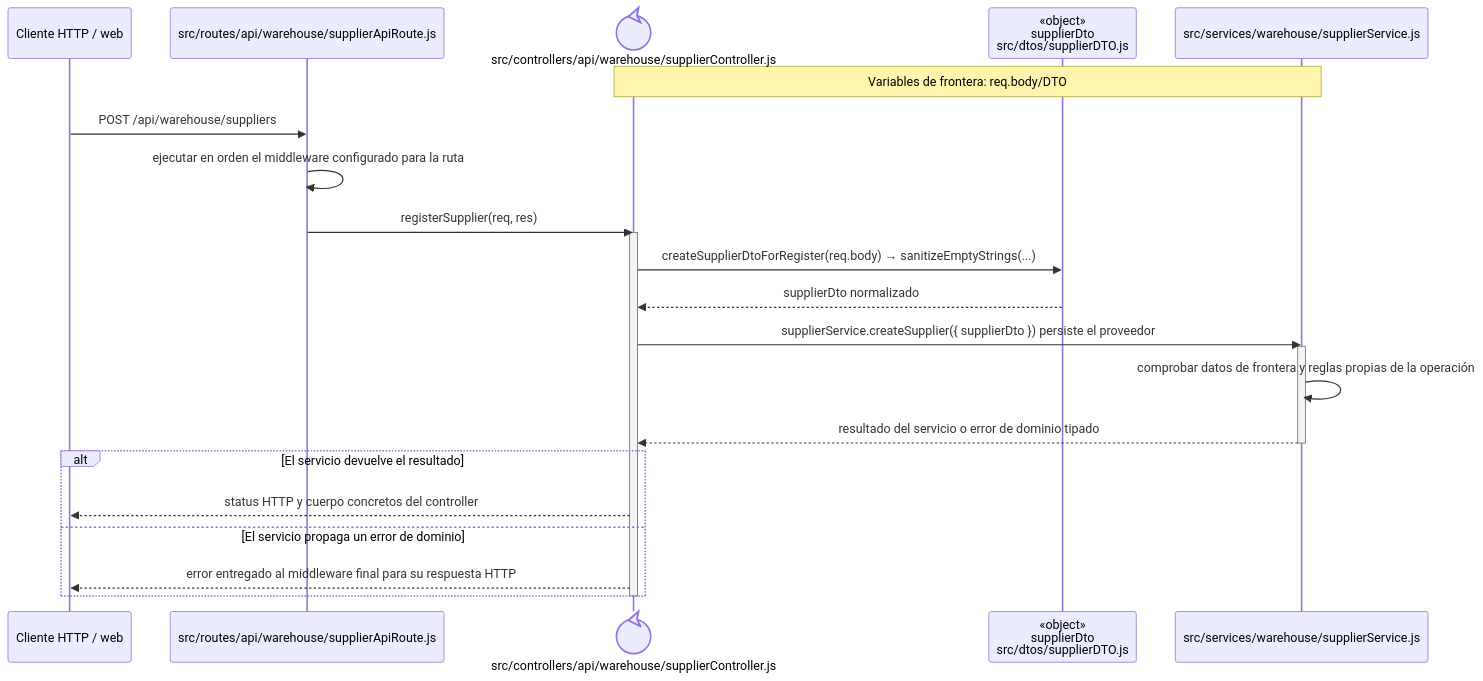
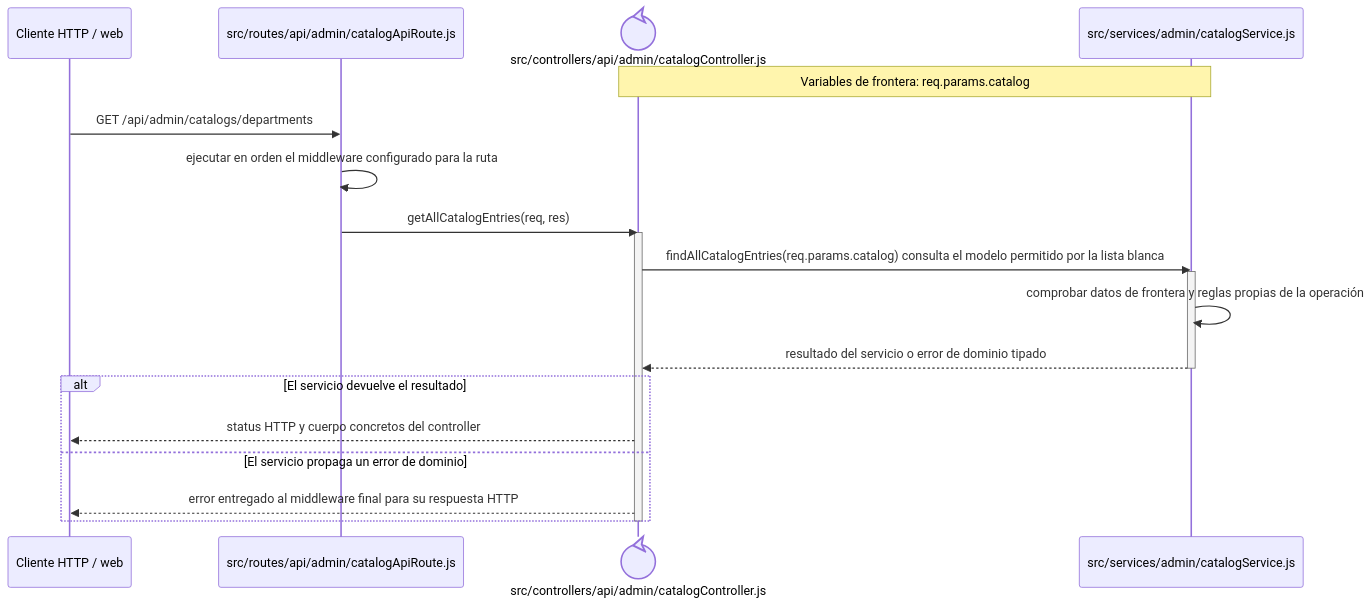
The diagram in docs/architecture/backend-code-sequences/catalogs/cu-cat-10.md (gpgsistemas01/nexus), drawn with Mermaid before and after one commit. The commit also changed other lines of this file and 287 other files, not shown here.

````diff
--- a/docs/architecture/backend-code-sequences/catalogs/cu-cat-10.md
+++ b/docs/architecture/backend-code-sequences/catalogs/cu-cat-10.md
@@ -6,27 +6,24 @@
 ```mermaid
 sequenceDiagram
     participant Client as Cliente HTTP / web
-    participant Route as src/routes/api/warehouse/supplierApiRoute.js
-    participant Controller@{ "type": "control" } as src/controllers/api/warehouse/supplierController.js
-    participant SupplierDto as «object»<br/>supplierDto<br/>src/dtos/supplierDTO.js
-    participant Domain as src/services/warehouse/supplierService.js
-    Note over Controller,Domain: Variables de frontera: req.body/DTO
+    participant Route as src/routes/api/admin/catalogApiRoute.js
+    participant Controller@{ "type": "control" } as src/controllers/api/admin/catalogController.js
+    participant Domain as src/services/admin/catalogService.js
+    Note over Controller,Domain: Variables de frontera: req.params.catalog
 
-    Client->>Route: POST /api/warehouse/suppliers
+    Client->>Route: GET /api/admin/catalogs/departments
     Route->>Route: ejecutar en orden el middleware configurado para la ruta
-    Route->>Controller: registerSupplier(req, res)
+    Route->>Controller: getAllCatalogEntries(req, res)
     activate Controller
-    Controller->>SupplierDto: createSupplierDtoForRegister(req.body) → sanitizeEmptyStrings(...)
-    SupplierDto-->>Controller: supplierDto normalizado
-    Controller->>Domain: supplierService.createSupplier({ supplierDto }) persiste el proveedor
+    Controller->>Domain: findAllCatalogEntries(req.params.catalog) consulta el modelo permitido por la lista blanca
     activate Domain
     Domain->>Domain: comprobar datos de frontera y reglas propias de la operación
     Domain-->>Controller: resultado del servicio o error de dominio tipado
     deactivate Domain
     alt El servicio devuelve el resultado
         Controller-->>Client: status HTTP y cuerpo concretos del controller
     else El servicio propaga un error de dominio
         Controller-->>Client: error entregado al middleware final para su respuesta HTTP
     end
     deactivate Controller
 ```
````
